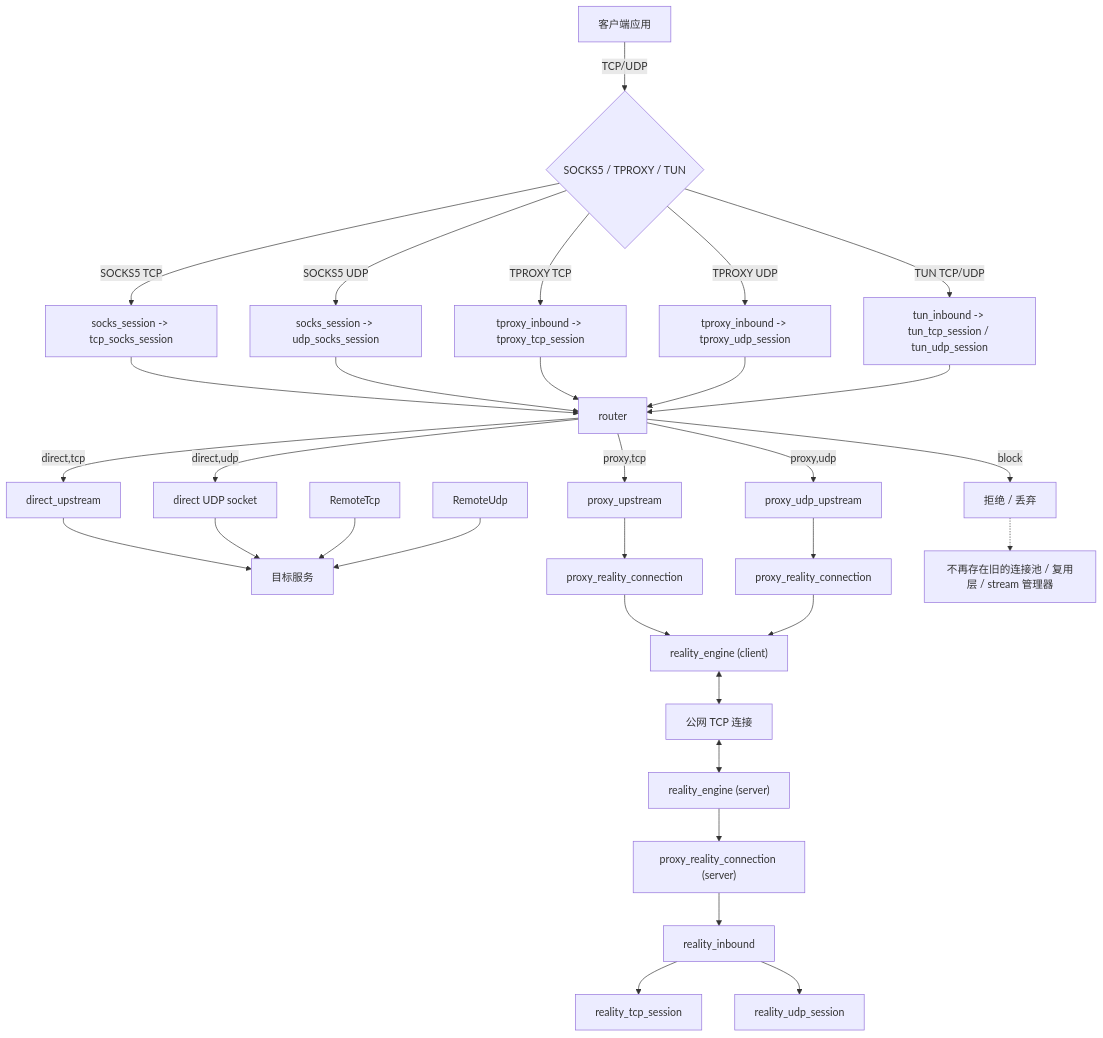
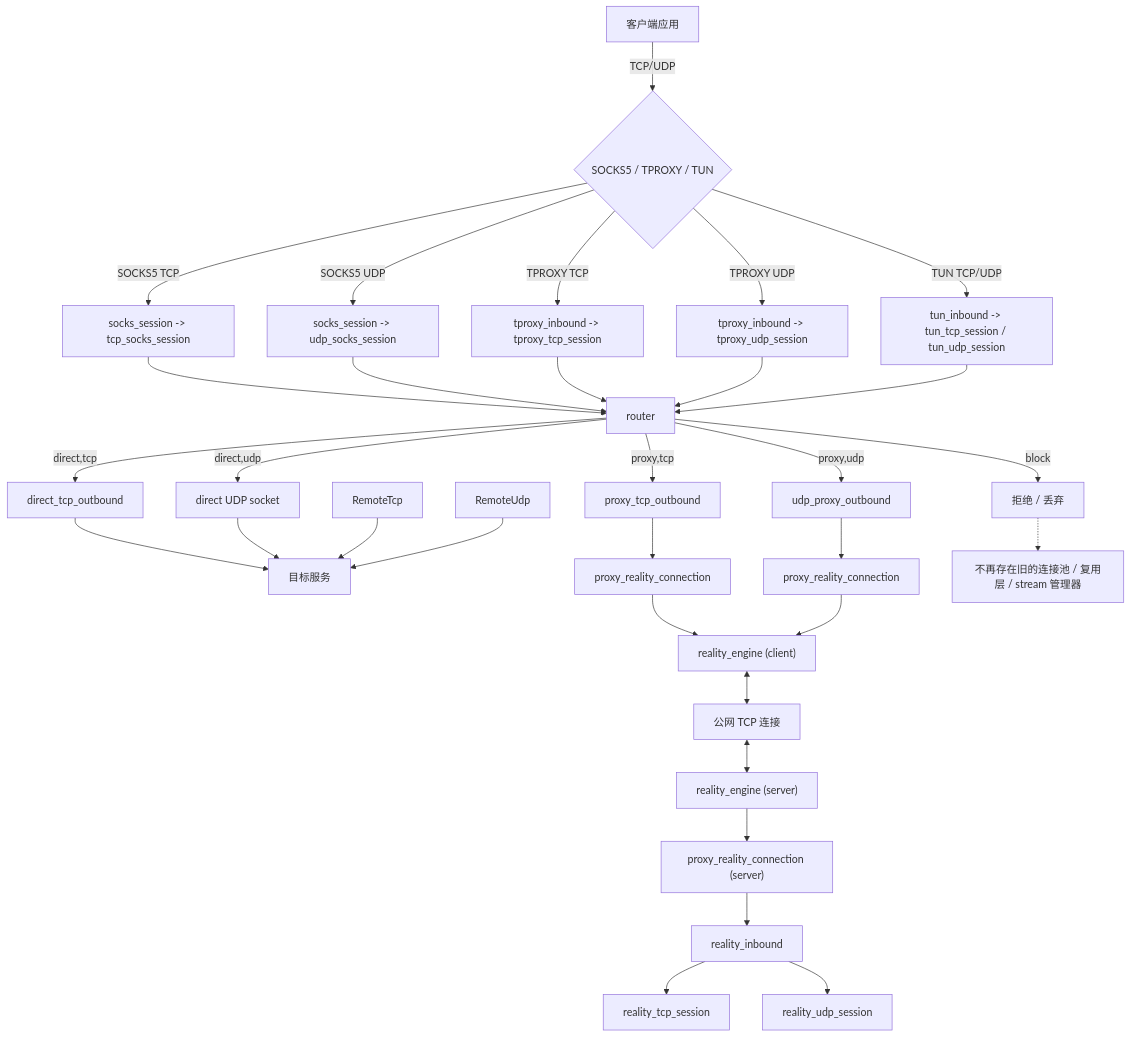
Before and after one commit to gyl30/socks: the first of 5 diagrams in doc/flow.md, drawn with Mermaid. The commit also changed other lines of this file and 3 other files, not shown here.

Commit message:
docs(architecture): 同步出站流命名重构

````diff
--- a/doc/flow.md
+++ b/doc/flow.md
@@ -13,40 +13,40 @@
 ```mermaid
 flowchart TD
   App[客户端应用] -->|TCP/UDP| Inbound{SOCKS5 / TPROXY / TUN}
 
   Inbound -->|SOCKS5 TCP| SocksTcp["socks_session -> tcp_socks_session"]
   Inbound -->|SOCKS5 UDP| SocksUdp["socks_session -> udp_socks_session"]
   Inbound -->|TPROXY TCP| TproxyTcp["tproxy_inbound -> tproxy_tcp_session"]
   Inbound -->|TPROXY UDP| TproxyUdp["tproxy_inbound -> tproxy_udp_session"]
   Inbound -->|TUN TCP/UDP| TunInbound["tun_inbound -> tun_tcp_session / tun_udp_session"]
 
   SocksTcp --> Router[router]
   SocksUdp --> Router
   TproxyTcp --> Router
   TproxyUdp --> Router
   TunInbound --> Router
 
-  Router -->|direct,tcp| DirectTcp[direct_upstream]
+  Router -->|direct,tcp| DirectTcp[direct_tcp_outbound]
   Router -->|direct,udp| DirectUdp[direct UDP socket]
-  Router -->|proxy,tcp| ProxyTcp[proxy_upstream]
-  Router -->|proxy,udp| ProxyUdp[proxy_udp_upstream]
+  Router -->|proxy,tcp| ProxyTcp[proxy_tcp_outbound]
+  Router -->|proxy,udp| ProxyUdp[udp_proxy_outbound]
   Router -->|block| Block[拒绝 / 丢弃]
 
   DirectTcp --> Target[目标服务]
   DirectUdp --> Target
 
   ProxyTcp --> ClientConnTcp[proxy_reality_connection]
   ProxyUdp --> ClientConnUdp[proxy_reality_connection]
   ClientConnTcp --> ClientReality["reality_engine (client)"]
   ClientConnUdp --> ClientReality
   ClientReality <--> Network[公网 TCP 连接]
   Network <--> ServerReality["reality_engine (server)"]
   ServerReality --> ServerConn["proxy_reality_connection (server)"]
   ServerConn --> RealityInbound[reality_inbound]
   RealityInbound --> RealityTcp[reality_tcp_session]
   RealityInbound --> RealityUdp[reality_udp_session]
   RemoteTcp --> Target
   RemoteUdp --> Target
 
   Block -.-> Note1["不再存在旧的连接池 / 复用层 / stream 管理器"]
 ```
````
